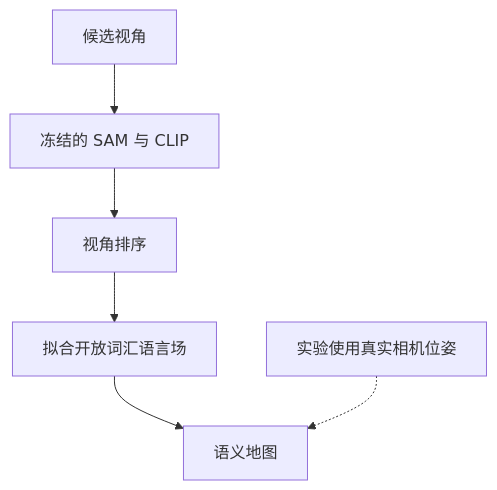
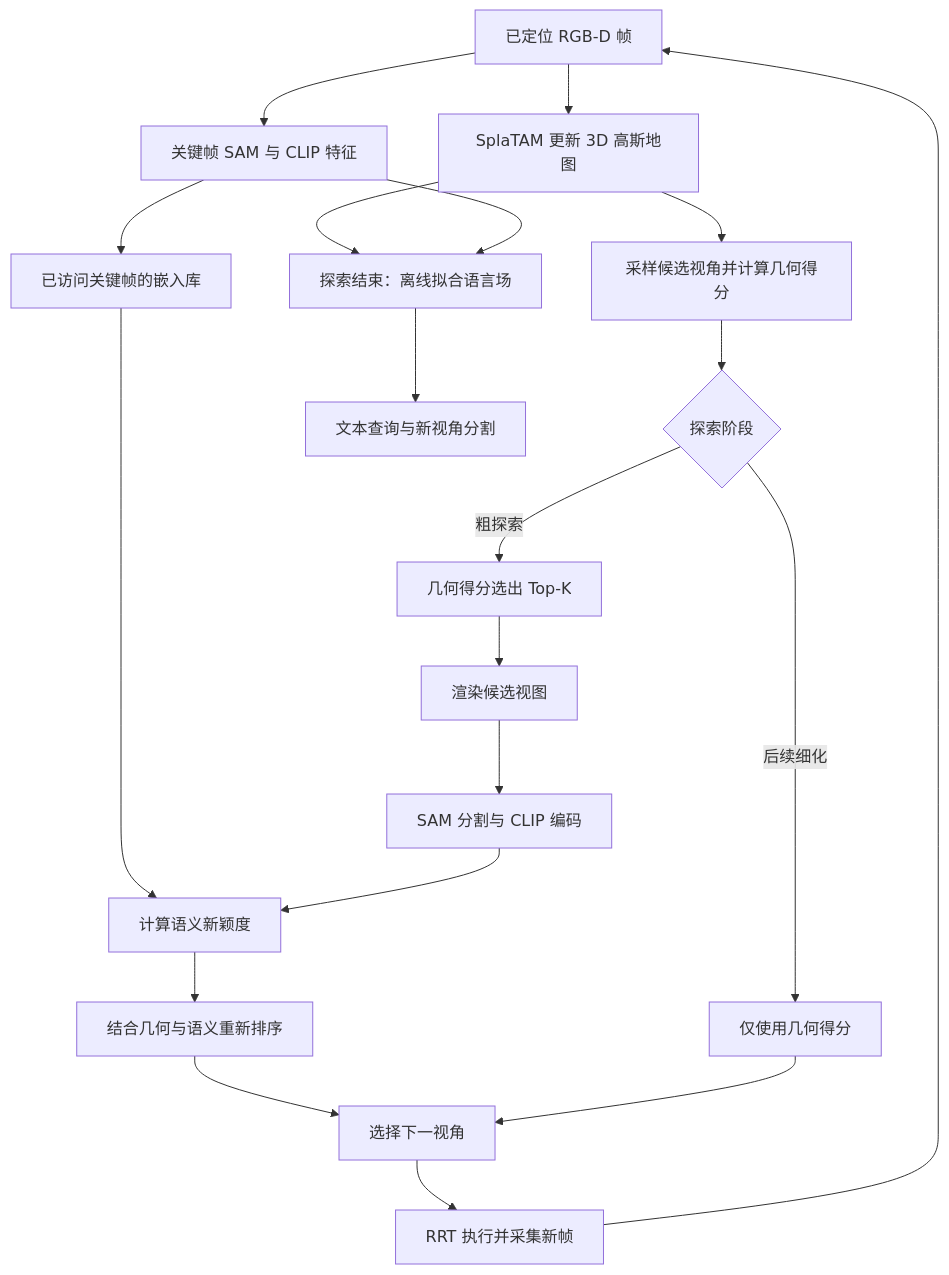
Before and after one commit to ImChong/Robotics_Notebooks: the first of 2 diagrams in wiki/entities/paper-aov-gs.md, drawn with Mermaid. The commit also changed other lines of this file and 9 other files, not shown here.

Commit message:
docs(wiki): 依据论文方法修订流程并撤下待核实图

````diff
--- a/wiki/entities/paper-aov-gs.md
+++ b/wiki/entities/paper-aov-gs.md
@@ -58,8 +58,22 @@
 ```mermaid
 flowchart TD
-  A["候选视角"] --> B["冻结的 SAM 与 CLIP"]
-  B --> C["视角排序"]
-  C --> D["拟合开放词汇语言场"]
-  D --> E["语义地图"]
-  F["实验使用真实相机位姿"] -.-> E
+  A["已定位 RGB-D 帧"] --> B["SplaTAM 更新 3D 高斯地图"]
+  B --> C["采样候选视角并计算几何得分"]
+  C --> D{"探索阶段"}
+  D -->|"粗探索"| E["几何得分选出 Top-K"]
+  E --> F["渲染候选视图"]
+  F --> G["SAM 分割与 CLIP 编码"]
+  H["已访问关键帧的嵌入库"] --> I["计算语义新颖度"]
+  G --> I
+  I --> J["结合几何与语义重新排序"]
+  D -->|"后续细化"| K["仅使用几何得分"]
+  J --> L["选择下一视角"]
+  K --> L
+  L --> M["RRT 执行并采集新帧"]
+  M --> A
+  A --> N["关键帧 SAM 与 CLIP 特征"]
+  N --> H
+  B --> O["探索结束：离线拟合语言场"]
+  N --> O
+  O --> P["文本查询与新视角分割"]
 ```
````
